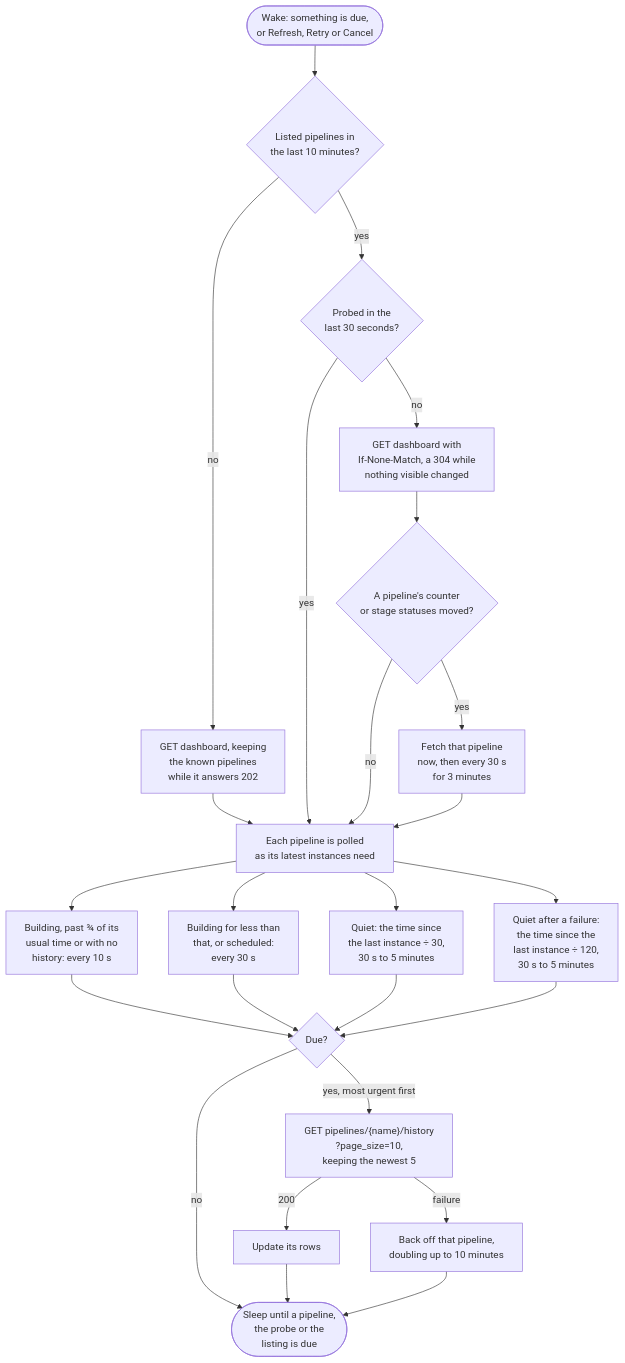
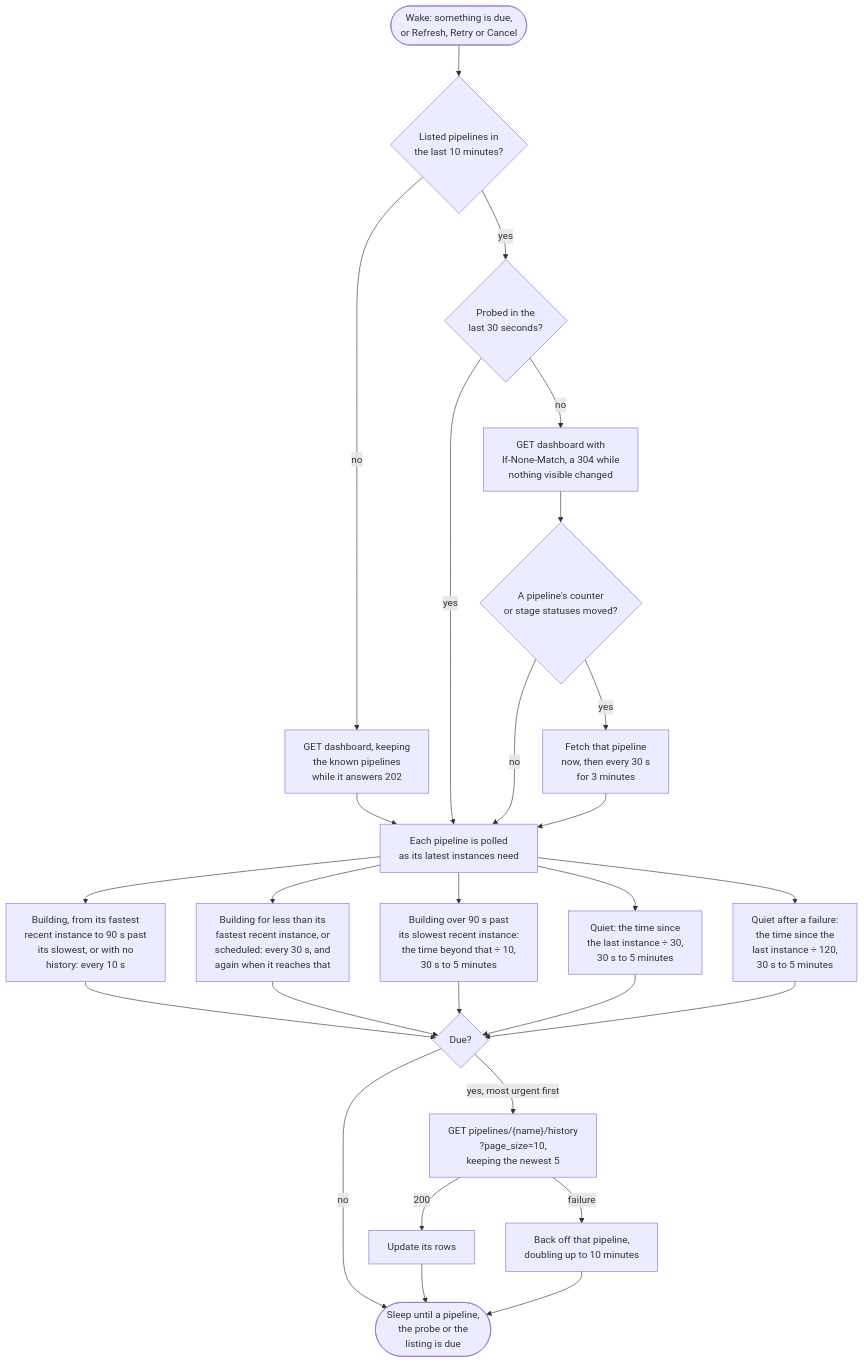
The diagram in docs/mdsource/providers/gocd.source.md (SimonCropp/BuildMonitor), drawn with Mermaid before and after one commit. The commit also changed 30 other files, not shown here.

First line of the commit message:
Aim the running interval at when a build is expected to finish

````diff
--- a/docs/mdsource/providers/gocd.source.md
+++ b/docs/mdsource/providers/gocd.source.md
@@ -32,32 +32,34 @@
 ```mermaid
 ---
 config:
   flowchart:
     wrappingWidth: 400
 ---
 flowchart TD
     wake(["Wake: something is due,<br/>or Refresh, Retry or Cancel"]) --> listed{"Listed pipelines in<br/>the last 10 minutes?"}
     listed -- "no" --> discover["GET dashboard, keeping<br/>the known pipelines<br/>while it answers 202"]
     listed -- "yes" --> probed{"Probed in the<br/>last 30 seconds?"}
     probed -- "no" --> probe["GET dashboard with<br/>If-None-Match, a 304 while<br/>nothing visible changed"]
     probe --> moved{"A pipeline's counter<br/>or stage statuses moved?"}
     moved -- "yes" --> nudge["Fetch that pipeline<br/>now, then every 30 s<br/>for 3 minutes"]
     discover --> interval["Each pipeline is polled<br/>as its latest instances need"]
     probed -- "yes" --> interval
     moved -- "no" --> interval
     nudge --> interval
-    interval --> finishing["Building, past ¾ of its<br/>usual time or with no<br/>history: every 10 s"]
-    interval --> running["Building for less than<br/>that, or scheduled:<br/>every 30 s"]
+    interval --> finishing["Building, from its fastest<br/>recent instance to 90 s past<br/>its slowest, or with no<br/>history: every 10 s"]
+    interval --> running["Building for less than its<br/>fastest recent instance, or<br/>scheduled: every 30 s, and<br/>again when it reaches that"]
+    interval --> overrun["Building over 90 s past<br/>its slowest recent instance:<br/>the time beyond that ÷ 10,<br/>30 s to 5 minutes"]
     interval --> quiet["Quiet: the time since<br/>the last instance ÷ 30,<br/>30 s to 5 minutes"]
     interval --> failed["Quiet after a failure:<br/>the time since the<br/>last instance ÷ 120,<br/>30 s to 5 minutes"]
     finishing --> due{"Due?"}
     running --> due
+    overrun --> due
     quiet --> due
     failed --> due
     due -- "no" --> sleep(["Sleep until a pipeline,<br/>the probe or the<br/>listing is due"])
     due -- "yes, most urgent first" --> fetch["GET pipelines/{name}/history<br/>?page_size=10,<br/>keeping the newest 5"]
     fetch -- "200" --> rows["Update its rows"]
     fetch -- "failure" --> backoff["Back off that pipeline,<br/>doubling up to 10 minutes"]
     rows --> sleep
     backoff --> sleep
 ```
````
